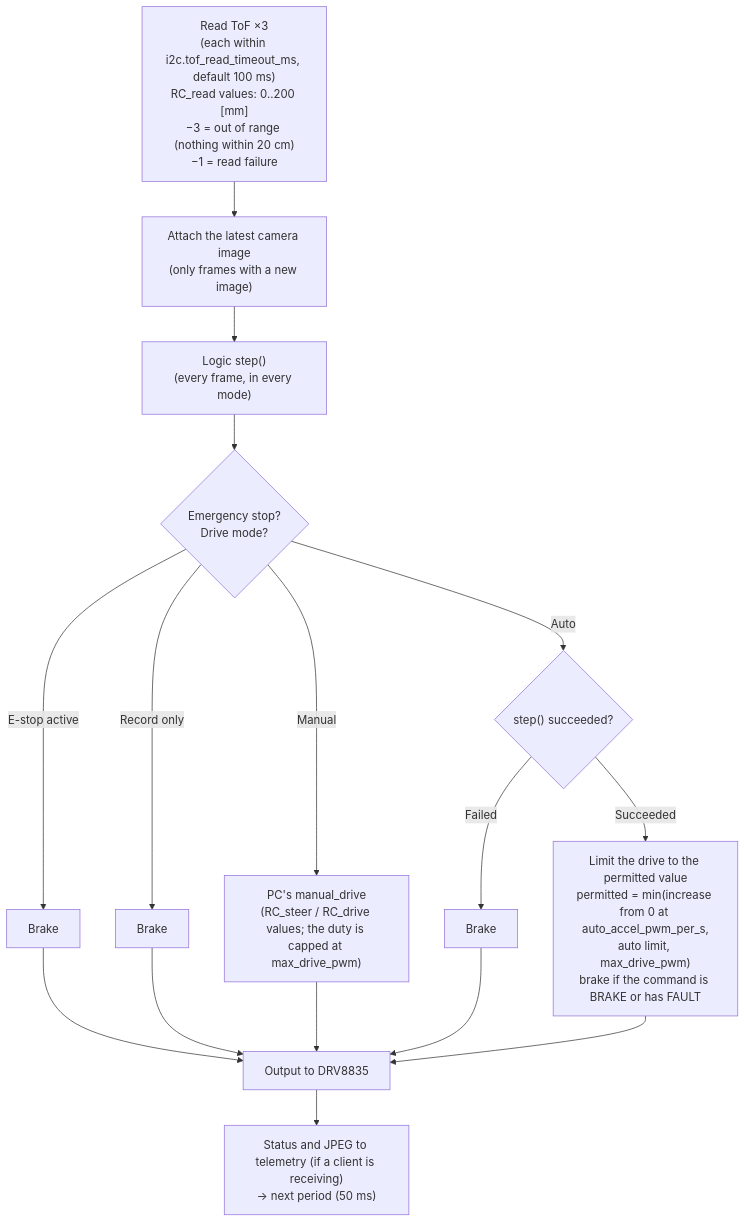
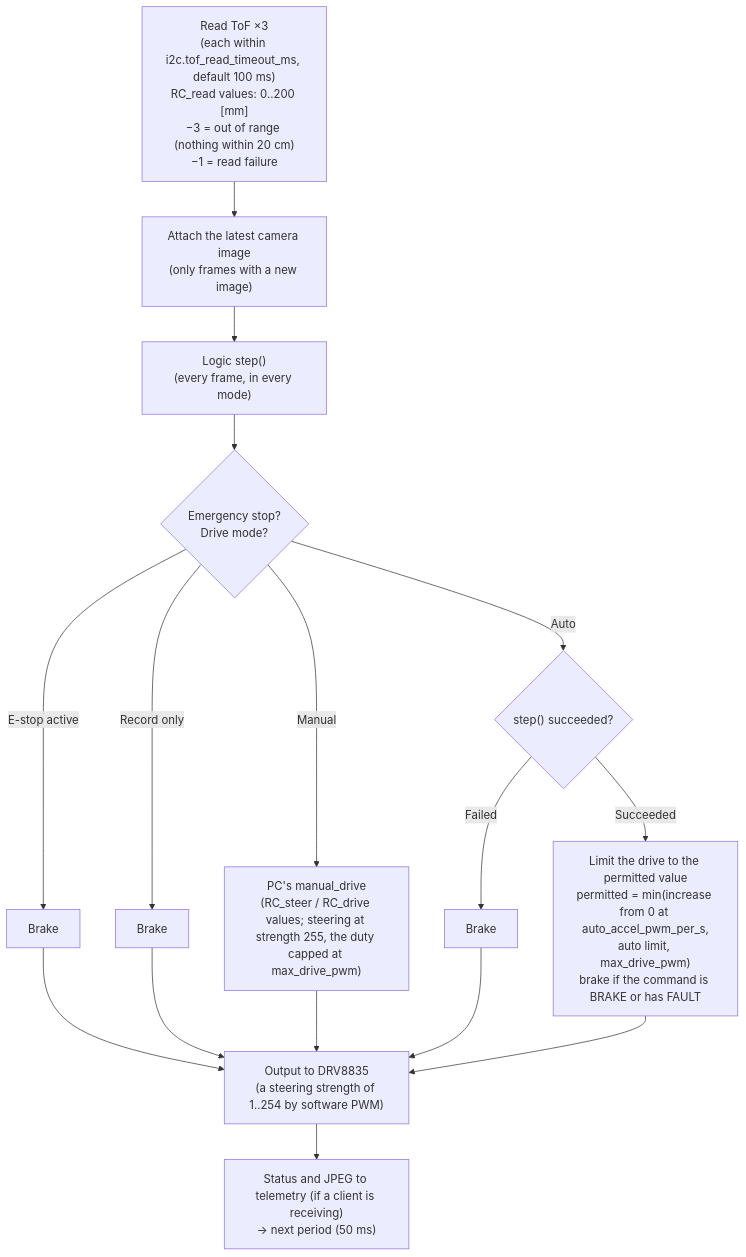
Before and after one commit to RumiCar-group/RumiCar-Zero2Cam: the diagram in docs/figures/en/10-frame.mmd, drawn with Mermaid. The commit also changed 53 other files, not shown here.

First line of the commit message:
RC_steer の強さ（ABI 4）：RumiCar.py 0.6.0 の取り込み、操舵のソフトウェア PWM、収録・表示・判断データ（0.5.0）

```diff
--- a/docs/figures/en/10-frame.mmd
+++ b/docs/figures/en/10-frame.mmd
@@ -1,16 +1,16 @@
 flowchart TD
     A["Read ToF ×3<br/>(each within i2c.tof_read_timeout_ms, default 100 ms)<br/>RC_read values: 0..200 [mm]<br/>−3 = out of range (nothing within 20 cm)<br/>−1 = read failure"] --> B["Attach the latest camera image<br/>(only frames with a new image)"]
     B --> C["Logic step()<br/>(every frame, in every mode)"]
     C --> E{"Emergency stop?<br/>Drive mode?"}
     E -->|"E-stop active"| B1["Brake"]
     E -->|"Record only"| B2["Brake"]
-    E -->|"Manual"| H["PC's manual_drive<br/>(RC_steer / RC_drive values; the duty is capped at max_drive_pwm)"]
+    E -->|"Manual"| H["PC's manual_drive<br/>(RC_steer / RC_drive values; steering at strength 255, the duty capped at max_drive_pwm)"]
     E -->|"Auto"| F{"step() succeeded?"}
     F -->|"Failed"| B3["Brake"]
     F -->|"Succeeded"| G["Limit the drive to the permitted value<br/>permitted = min(increase from 0 at auto_accel_pwm_per_s,<br/>auto limit, max_drive_pwm)<br/>brake if the command is BRAKE or has FAULT"]
-    B1 --> MO["Output to DRV8835"]
+    B1 --> MO["Output to DRV8835<br/>(a steering strength of 1..254 by software PWM)"]
     B2 --> MO
     B3 --> MO
     H --> MO
     G --> MO
     MO --> T["Status and JPEG to telemetry (if a client is receiving)<br/>→ next period (50 ms)"]
```
